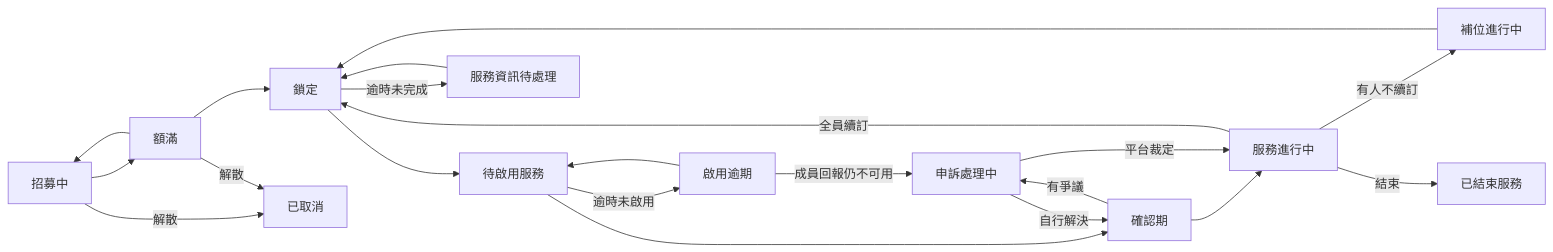
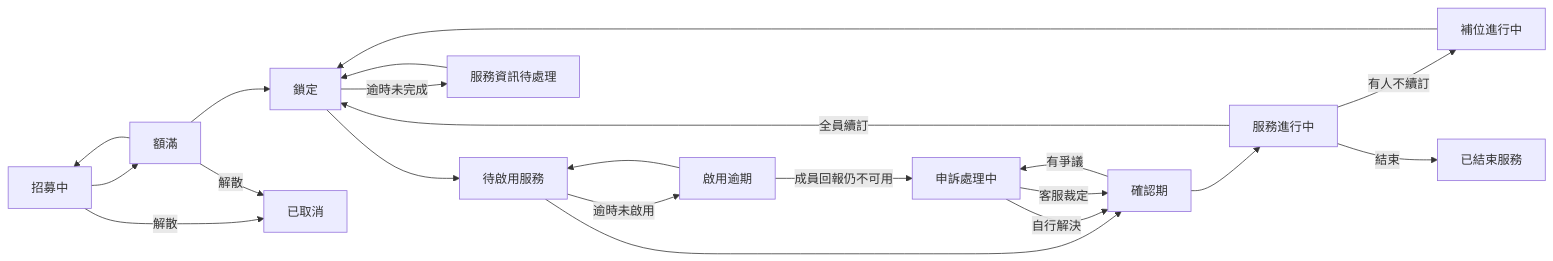
The diagram in docs/flows/group-state-machine.md (AndyChia0309/PartyMatch), drawn with Mermaid before and after one commit. The commit also changed other lines of this file and 1 other file, not shown here.

````diff
--- a/docs/flows/group-state-machine.md
+++ b/docs/flows/group-state-machine.md
@@ -7,23 +7,23 @@
 ```mermaid
 flowchart LR
   A[招募中] --> B[額滿]
   B --> A
   B --> C[鎖定]
   C --> D[待啟用服務]
   C -->|逾時未完成| C2[服務資訊待處理]
   C2 --> C
   D -->|逾時未啟用| D2[啟用逾期]
   D2 --> D
   D2 -->|成員回報仍不可用| G
   D --> E[確認期]
   E --> F[服務進行中]
   E -->|有爭議| G[申訴處理中]
   G -->|自行解決| E
-  G -->|平台裁定| F
+  G -->|客服裁定| E
   F -->|全員續訂| C
   F -->|有人不續訂| J[補位進行中]
   J --> C
   F -->|結束| H[已結束服務]
   A -->|解散| I[已取消]
   B -->|解散| I
 ```
````
